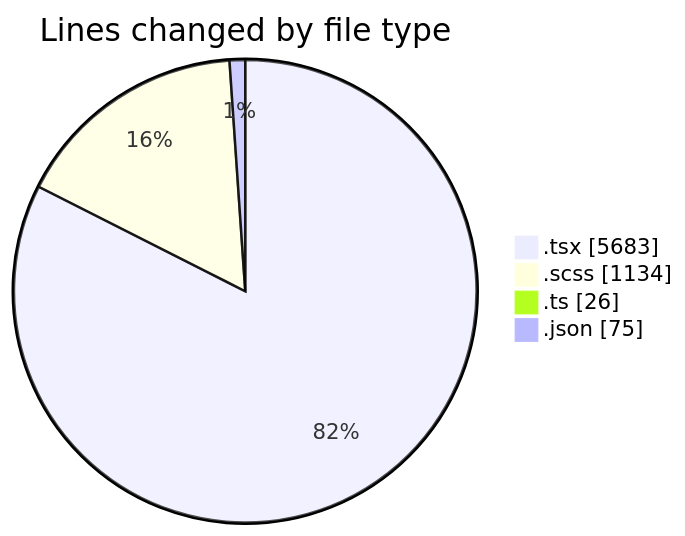
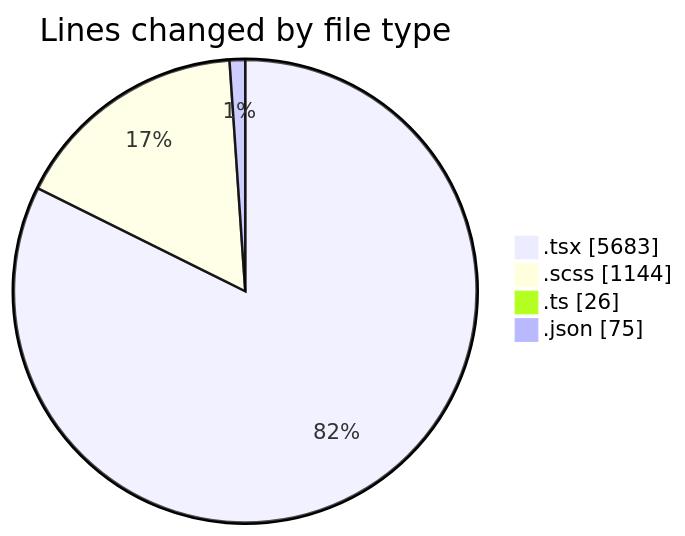
One commit to momahboobian/code-tracking changed the first of 2 diagrams in 2025-04-09/cda/README.md. Above: the diagram before and after it, drawn with Mermaid. The commit also changed other lines of this file and 1 other file, not shown here.

````diff
--- a/2025-04-09/cda/README.md
+++ b/2025-04-09/cda/README.md
@@ -43,8 +43,8 @@
 ```mermaid
 pie showData
 title Lines changed by file type
 ".tsx" : 5683
-".scss" : 1134
+".scss" : 1144
 ".ts" : 26
 ".json" : 75
 ```
````
